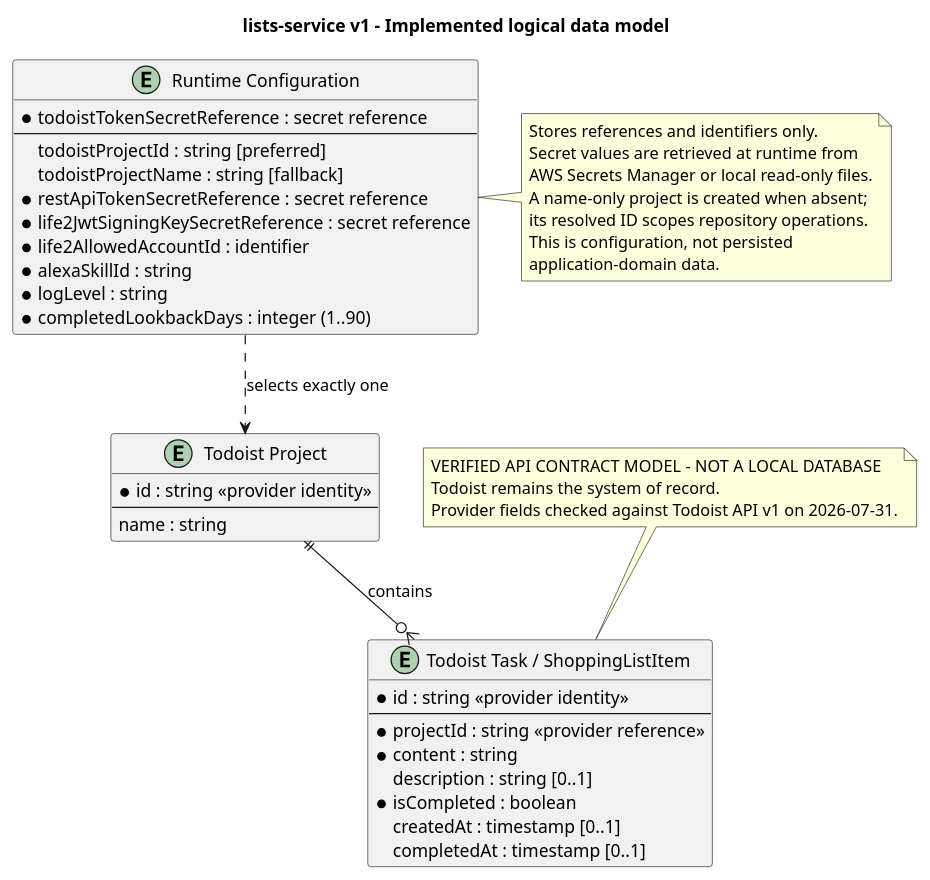
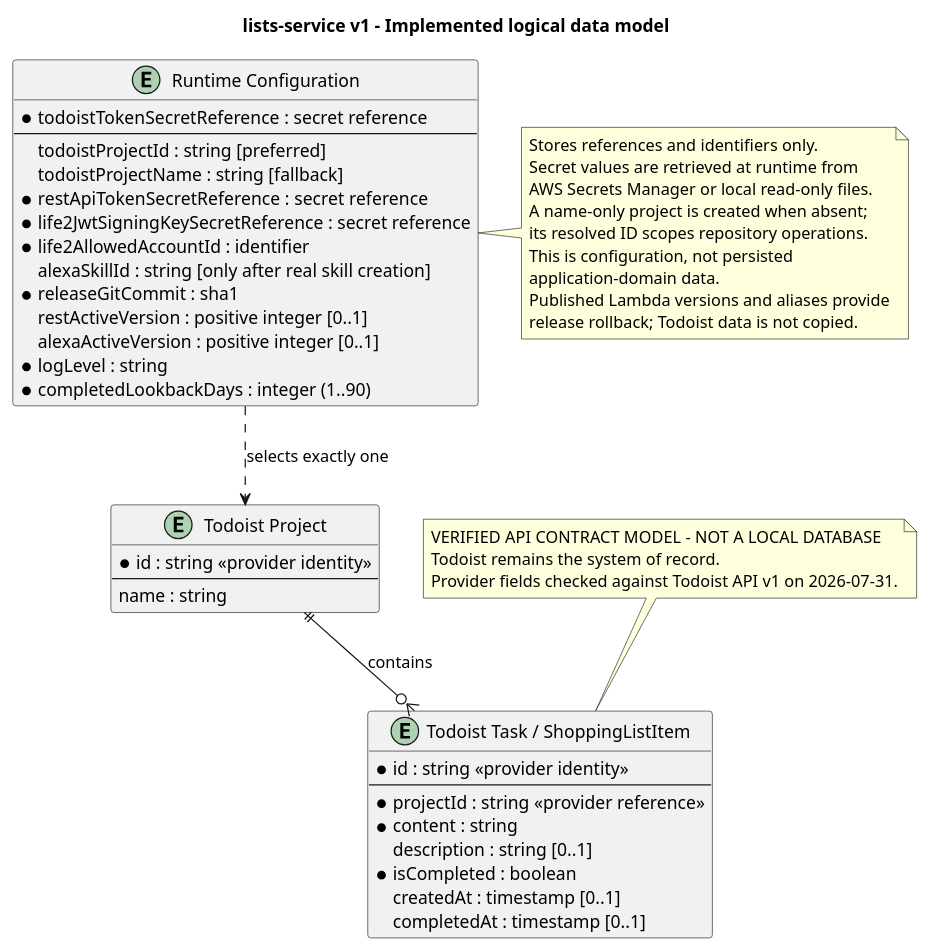
One commit to ralfepoisson/lists-service changed the diagram in docs/architecture/erd.puml. Above: the diagram before and after it, drawn with PlantUML. The commit also changed 28 other files, not shown here.

```diff
--- a/docs/architecture/erd.puml
+++ b/docs/architecture/erd.puml
@@ -1,59 +1,64 @@
 @startuml
 title lists-service v1 - Implemented logical data model
 
 hide methods
 hide stereotypes
 skinparam shadowing false
 
 note as StatusNote
   VERIFIED API CONTRACT MODEL - NOT A LOCAL DATABASE
   Todoist remains the system of record.
   Provider fields checked against Todoist API v1 on 2026-07-31.
 end note
 
 entity "Todoist Project" as Project {
   * id : string <<provider identity>>
   --
   name : string
 }
 
 entity "Todoist Task / ShoppingListItem" as Item {
   * id : string <<provider identity>>
   --
   * projectId : string <<provider reference>>
   * content : string
   description : string [0..1]
   * isCompleted : boolean
   createdAt : timestamp [0..1]
   completedAt : timestamp [0..1]
 }
 
 entity "Runtime Configuration" as Configuration {
   * todoistTokenSecretReference : secret reference
   --
   todoistProjectId : string [preferred]
   todoistProjectName : string [fallback]
   * restApiTokenSecretReference : secret reference
   * life2JwtSigningKeySecretReference : secret reference
   * life2AllowedAccountId : identifier
-  * alexaSkillId : string
+  alexaSkillId : string [only after real skill creation]
+  * releaseGitCommit : sha1
+  restActiveVersion : positive integer [0..1]
+  alexaActiveVersion : positive integer [0..1]
   * logLevel : string
   * completedLookbackDays : integer (1..90)
 }
 
 Project ||--o{ Item : contains
 Configuration ..> Project : selects exactly one
 
 note right of Configuration
   Stores references and identifiers only.
   Secret values are retrieved at runtime from
   AWS Secrets Manager or local read-only files.
   A name-only project is created when absent;
   its resolved ID scopes repository operations.
   This is configuration, not persisted
   application-domain data.
+  Published Lambda versions and aliases provide
+  release rollback; Todoist data is not copied.
 end note
 
 StatusNote .. Item
 
 @enduml
```
